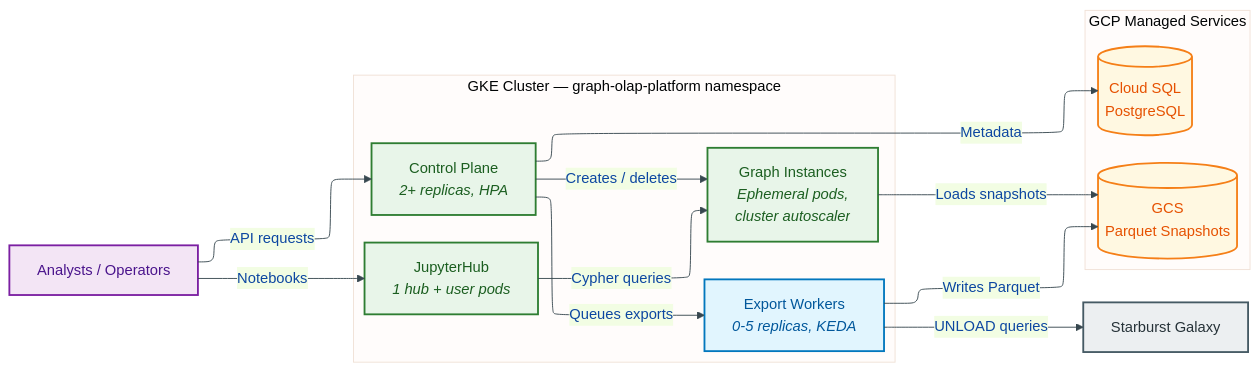
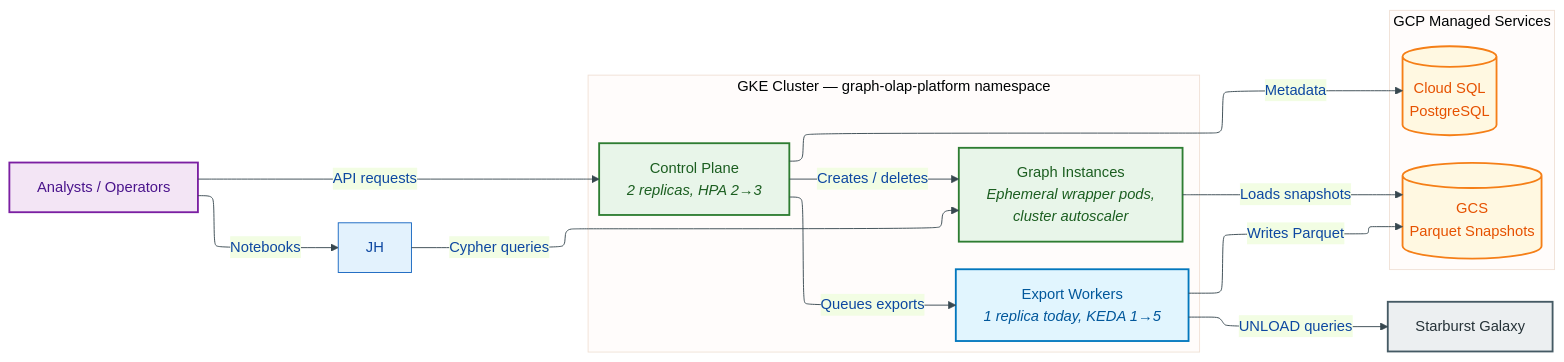
The first of 3 diagrams in documentation/src/content/docs/operations/platform-operations-manual.md (b4uharsha/newgraph), drawn with Mermaid before and after one commit. The commit also changed other lines of this file and 88 other files, not shown here.

````diff
--- a/documentation/src/content/docs/operations/platform-operations-manual.md
+++ b/documentation/src/content/docs/operations/platform-operations-manual.md
@@ -64,56 +69,55 @@
 ```mermaid
 ---
 config:
   layout: elk
   elk:
     mergeEdges: false
     nodePlacementStrategy: BRANDES_KOEPF
 ---
 %%{init: {
   "theme": "base",
   "themeVariables": {
     "primaryColor": "#E3F2FD",
     "primaryTextColor": "#0D47A1",
     "primaryBorderColor": "#1565C0",
     "lineColor": "#37474F"
   }
 }}%%
 flowchart LR
     accTitle: Platform Component Architecture
     accDescr: Shows the Graph OLAP Platform components, data flows, and scaling mechanisms for operator orientation
 
     classDef user fill:#F3E5F5,stroke:#7B1FA2,stroke-width:2px,color:#4A148C
     classDef service fill:#E8F5E9,stroke:#2E7D32,stroke-width:2px,color:#1B5E20
     classDef data fill:#FFF8E1,stroke:#F57F17,stroke-width:2px,color:#E65100
     classDef infra fill:#E3F2FD,stroke:#1565C0,stroke-width:2px,color:#0D47A1
     classDef external fill:#ECEFF1,stroke:#455A64,stroke-width:2px,color:#263238
     classDef process fill:#E1F5FE,stroke:#0277BD,stroke-width:2px,color:#01579B
 
     Users["Analysts / Operators"]:::user
 
     subgraph GKE ["GKE Cluster — graph-olap-platform namespace"]
         direction TB
-        CP["Control Plane<br/><i>2+ replicas, HPA</i>"]:::service
-        EW["Export Workers<br/><i>0-5 replicas, KEDA</i>"]:::process
-        GI["Graph Instances<br/><i>Ephemeral pods,<br/>cluster autoscaler</i>"]:::service
-        JH["JupyterHub<br/><i>1 hub + user pods</i>"]:::service
+        CP["Control Plane<br/><i>2 replicas, HPA 2→3</i>"]:::service
+        EW["Export Workers<br/><i>1 replica today, KEDA 1→5</i>"]:::process
+        GI["Graph Instances<br/><i>Ephemeral wrapper pods,<br/>cluster autoscaler</i>"]:::service
     end
 
     subgraph Storage ["GCP Managed Services"]
         direction TB
         SQL[("Cloud SQL<br/>PostgreSQL")]:::data
         GCS[("GCS<br/>Parquet Snapshots")]:::data
     end
 
     SB["Starburst Galaxy"]:::external
 
     Users -->|"API requests"| CP
     Users -->|"Notebooks"| JH
     JH -->|"Cypher queries"| GI
     CP -->|"Creates / deletes"| GI
     CP -->|"Metadata"| SQL
     CP -->|"Queues exports"| EW
     EW -->|"UNLOAD queries"| SB
     EW -->|"Writes Parquet"| GCS
     GI -->|"Loads snapshots"| GCS
 ```
````
